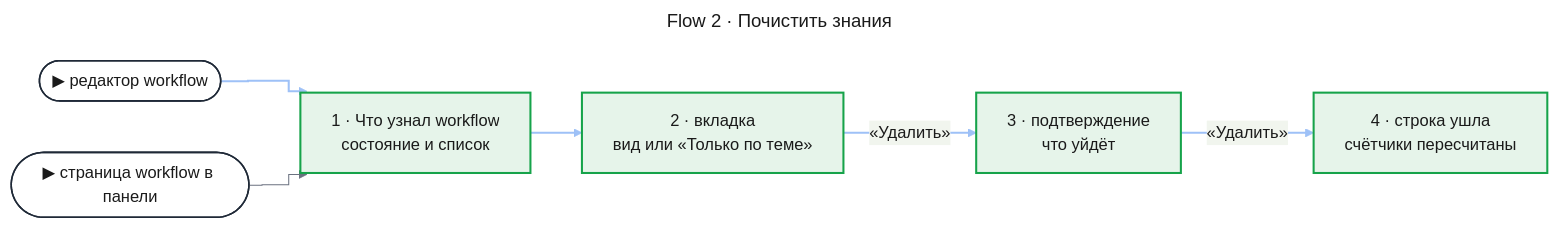
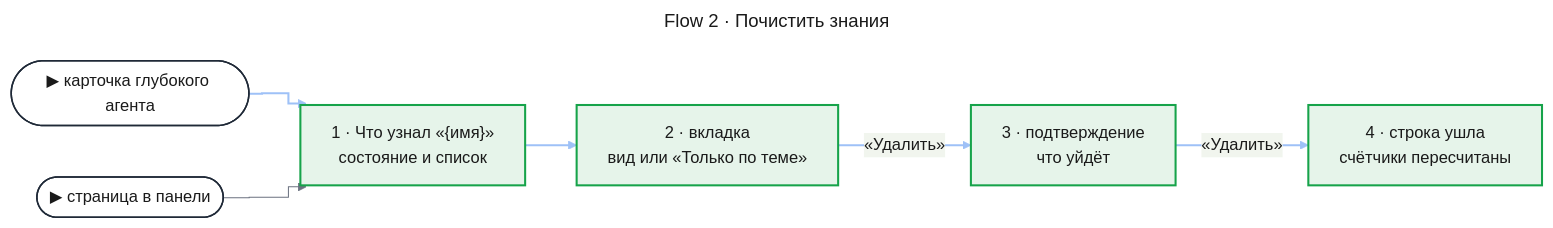
One commit to tundraray/agent-os changed the second of 2 diagrams in docs/features/self-learning/uxrd.md. Above: the diagram before and after it, drawn with Mermaid. The commit also changed other lines of this file and 13 other files, not shown here.

````diff
--- a/docs/features/self-learning/uxrd.md
+++ b/docs/features/self-learning/uxrd.md
@@ -106,41 +106,41 @@
 ```mermaid
 ---
 title: "Flow 2 · Почистить знания"
 config:
   theme: base
   look: classic
   themeVariables:
     primaryColor: "#eef1f5"
     primaryBorderColor: "#4b5563"
     primaryTextColor: "#1a1a1a"
     lineColor: "#6b7280"
   flowchart:
     curve: step
   themeCSS: |
     @keyframes litr_sl2{0%,22.5%{stroke:#1d4ed8;stroke-width:6px}25%,100%{stroke:#9ec1f7;stroke-width:2px}}
 ---
 flowchart LR
-    editor(["▶ редактор workflow"])
-    panel(["▶ страница workflow в панели"])
-    screen["1 · Что узнал workflow<br/>состояние и список"]
+    card(["▶ карточка глубокого агента"])
+    panel(["▶ страница в панели"])
+    screen["1 · Что узнал «{имя}»<br/>состояние и список"]
     tab["2 · вкладка<br/>вид или «Только по теме»"]
     confirm["3 · подтверждение<br/>что уйдёт"]
     done["4 · строка ушла<br/>счётчики пересчитаны"]
-    editor e1@--> screen
+    card e1@--> screen
     panel --> screen
     screen e2@--> tab
     tab e3@-->|"«Удалить»"| confirm
     confirm e4@-->|"«Удалить»"| done
     classDef entry fill:#ffffff,stroke:#1f2937,stroke-width:1.5px,color:#1a1a1a
     classDef new fill:#e6f4ea,stroke:#16a34a,stroke-width:2px,color:#1a1a1a
     classDef r1 stroke:#9ec1f7,stroke-width:2px,animation:litr_sl2 4.8s linear 0s infinite
     classDef r2 stroke:#9ec1f7,stroke-width:2px,animation:litr_sl2 4.8s linear 1.2s infinite
     classDef r3 stroke:#9ec1f7,stroke-width:2px,animation:litr_sl2 4.8s linear 2.4s infinite
     classDef r4 stroke:#9ec1f7,stroke-width:2px,animation:litr_sl2 4.8s linear 3.6s infinite
-    class editor,panel entry
+    class card,panel entry
     class screen,tab,confirm,done new
     class e1 r1
     class e2 r2
     class e3 r3
     class e4 r4
 ```
````
